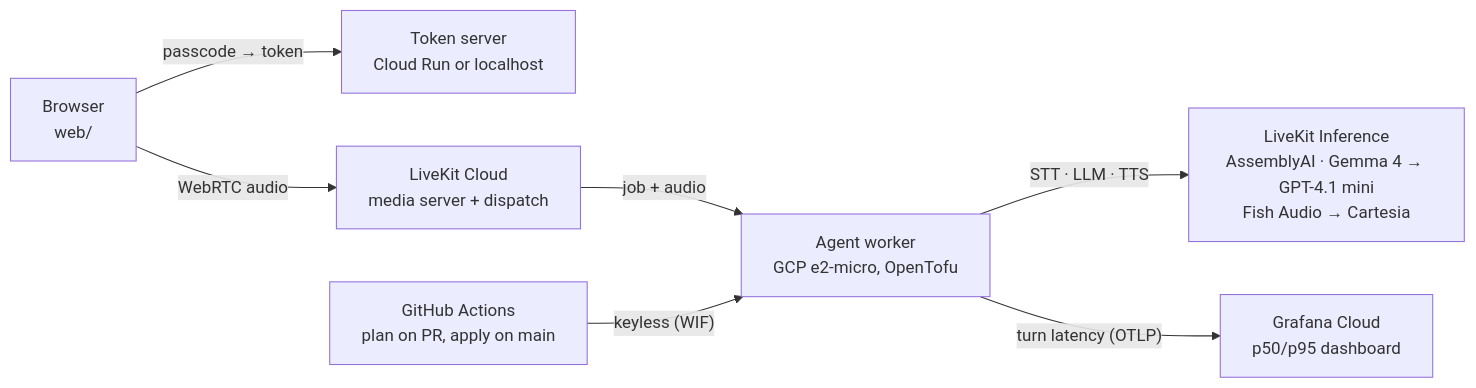
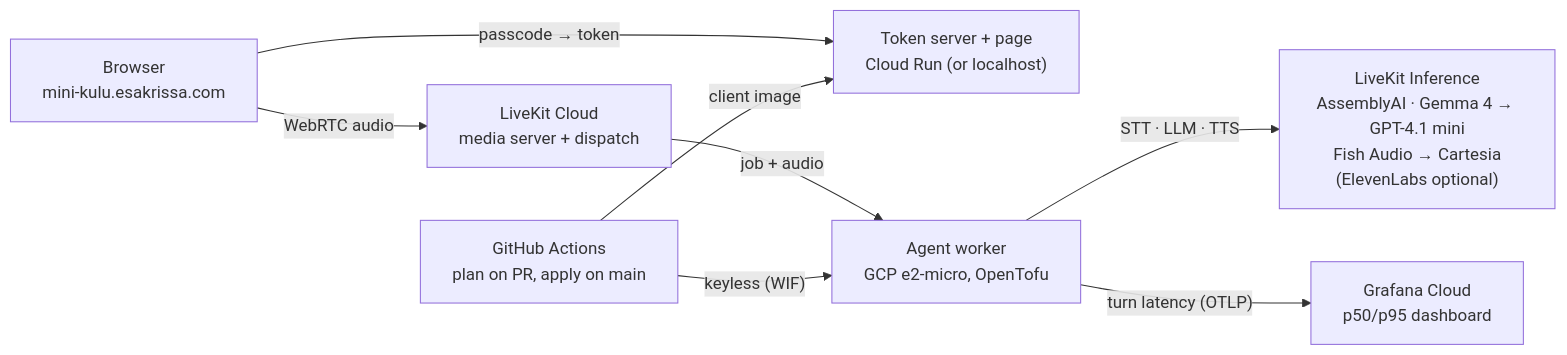
One commit to esakrissa/mini-kulu-real-time changed the diagram in README.md. Above: the diagram before and after it, drawn with Mermaid. The commit also changed other lines of this file and 6 other files, not shown here.

First line of the commit message:
Docs for the hosted client: domain link, new call screenshots, current architecture

````diff
--- a/README.md
+++ b/README.md
@@ -8,9 +11,10 @@
 ```mermaid
 flowchart LR
-    browser["Browser<br/>web/"] -- "passcode → token" --> tokens["Token server<br/>Cloud Run or localhost"]
+    browser["Browser<br/>mini-kulu.esakrissa.com"] -- "passcode → token" --> tokens["Token server + page<br/>Cloud Run (or localhost)"]
     browser -- "WebRTC audio" --> sfu["LiveKit Cloud<br/>media server + dispatch"]
     sfu -- "job + audio" --> vm["Agent worker<br/>GCP e2-micro, OpenTofu"]
-    vm -- "STT · LLM · TTS" --> inf["LiveKit Inference<br/>AssemblyAI · Gemma 4 → GPT-4.1 mini<br/>Fish Audio → Cartesia"]
+    vm -- "STT · LLM · TTS" --> inf["LiveKit Inference<br/>AssemblyAI · Gemma 4 → GPT-4.1 mini<br/>Fish Audio → Cartesia<br/>(ElevenLabs optional)"]
     vm -- "turn latency (OTLP)" --> graf["Grafana Cloud<br/>p50/p95 dashboard"]
     gh["GitHub Actions<br/>plan on PR, apply on main"] -- "keyless (WIF)" --> vm
+    gh -- "client image" --> tokens
 ```
````
